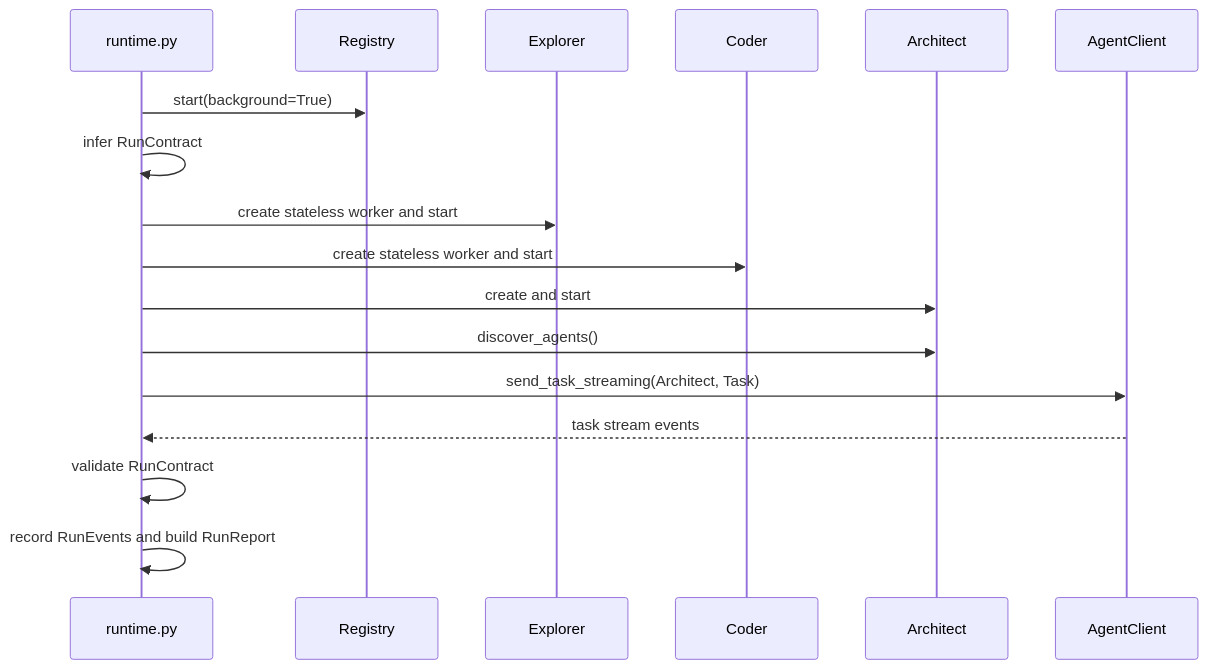
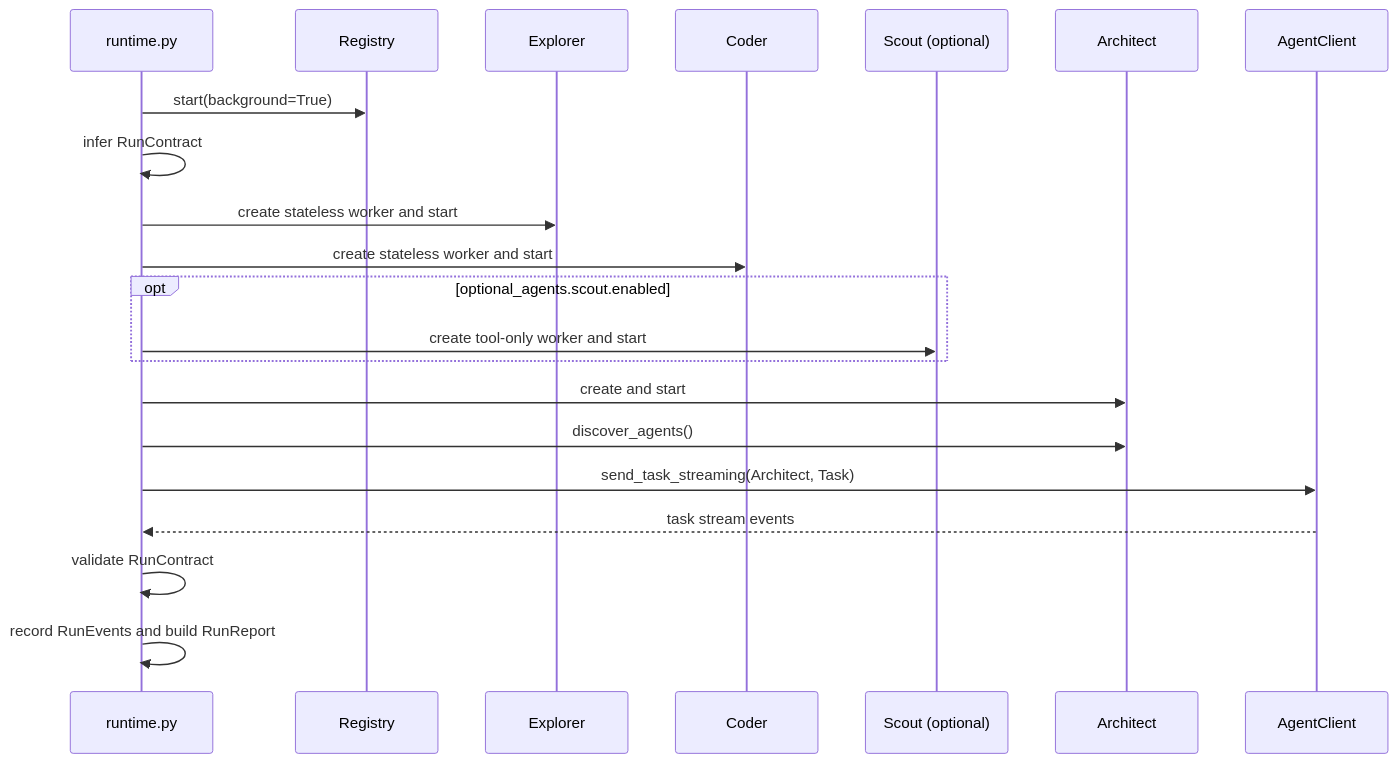
One commit to nMaroulis/protoagent changed the diagram in docs/content/core/runtime.md. Above: the diagram before and after it, drawn with Mermaid. The commit also changed other lines of this file and 90 other files, not shown here.

````diff
--- a/docs/content/core/runtime.md
+++ b/docs/content/core/runtime.md
@@ -120,20 +123,24 @@
 ```mermaid
 sequenceDiagram
   participant Core as runtime.py
   participant Reg as Registry
   participant Exp as Explorer
   participant Cod as Coder
+  participant Scout as Scout (optional)
   participant Arc as Architect
   participant Client as AgentClient
 
   Core->>Reg: start(background=True)
   Core->>Core: infer RunContract
   Core->>Exp: create stateless worker and start
   Core->>Cod: create stateless worker and start
+  opt optional_agents.scout.enabled
+    Core->>Scout: create tool-only worker and start
+  end
   Core->>Arc: create and start
   Core->>Arc: discover_agents()
   Core->>Client: send_task_streaming(Architect, Task)
   Client-->>Core: task stream events
   Core->>Core: validate RunContract
   Core->>Core: record RunEvents and build RunReport
 ```
````
